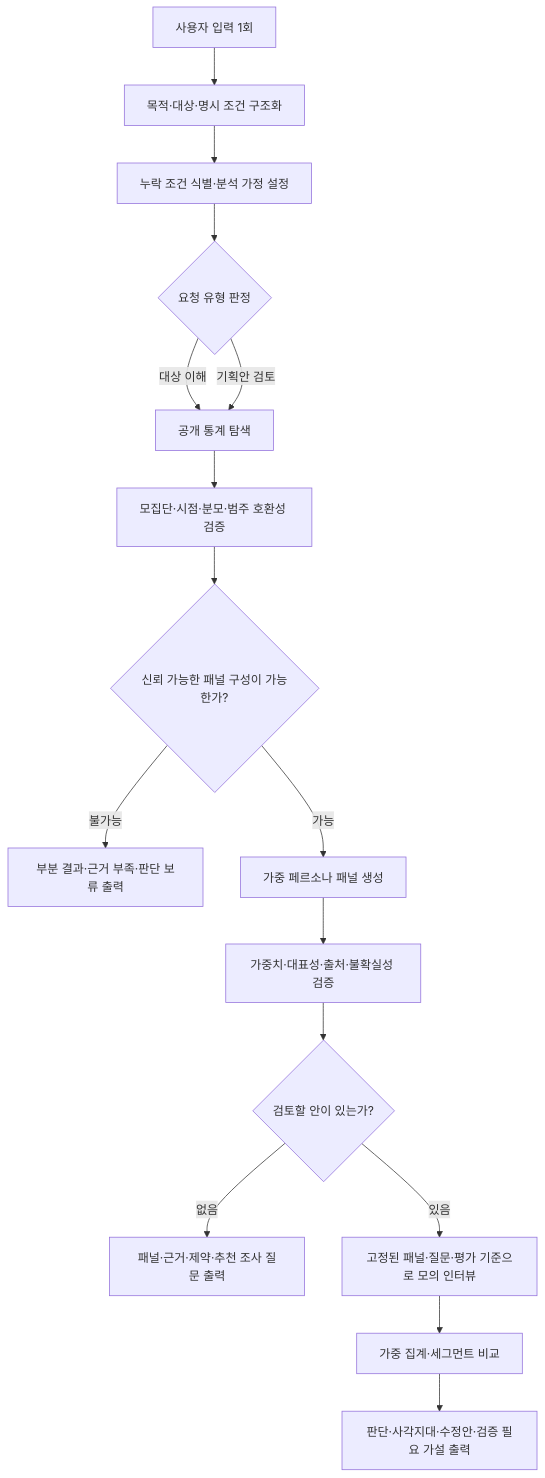
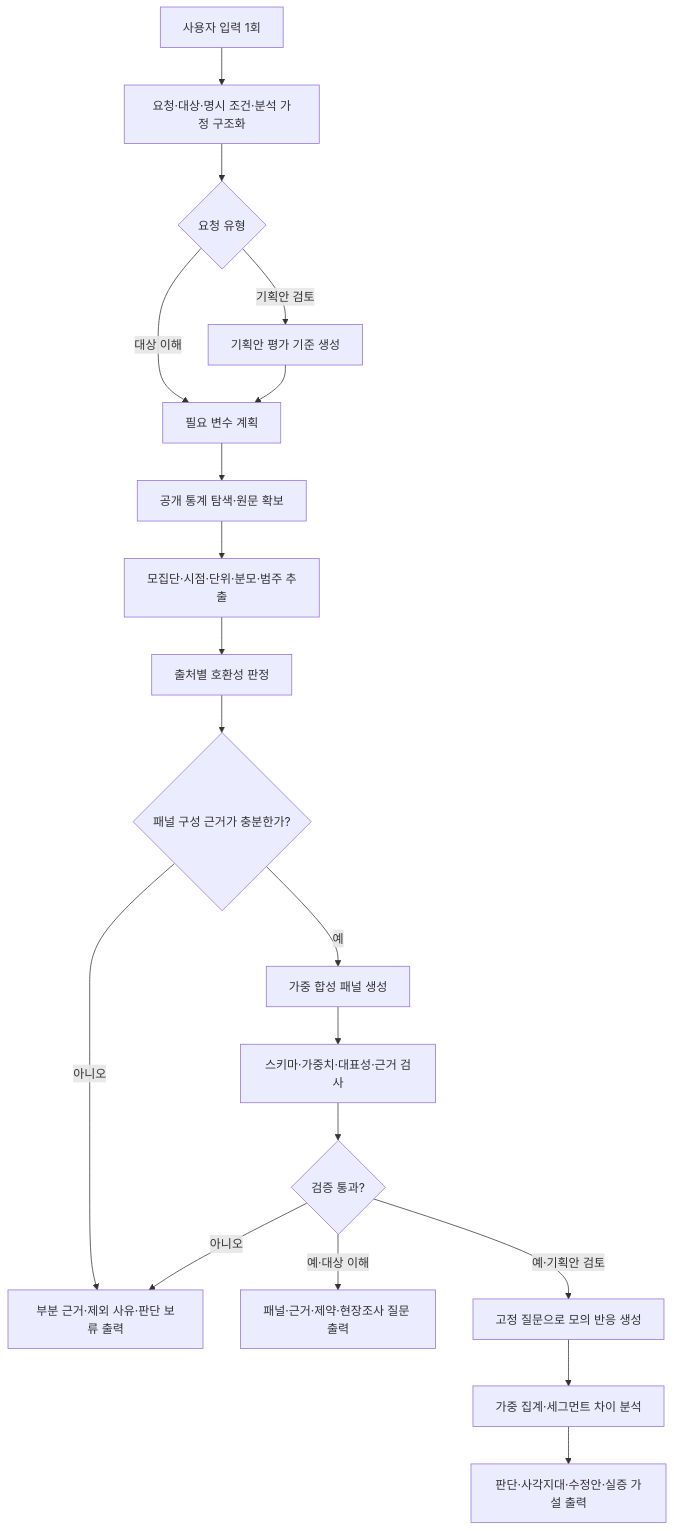
The diagram in README.md (ljh8450/Agent24), drawn with Mermaid before and after one commit. The commit also changed other lines of this file, not shown here.

````diff
--- a/README.md
+++ b/README.md
@@ -43,23 +43,24 @@
 ```mermaid
 flowchart TD
-  A["사용자 입력 1회"] --> B["목적·대상·명시 조건 구조화"]
-  B --> C["누락 조건 식별·분석 가정 설정"]
-  C --> D{"요청 유형 판정"}
+  A["사용자 입력 1회"] --> B["요청·대상·명시 조건·분석 가정 구조화"]
+  B --> C{"요청 유형"}
+  C -- "대상 이해" --> D["필요 변수 계획"]
+  C -- "기획안 검토" --> E["기획안 평가 기준 생성"]
+  E --> D
 
-  D -- "대상 이해" --> E["공개 통계 탐색"]
-  D -- "기획안 검토" --> E
+  D --> F["공개 통계 탐색·원문 확보"]
+  F --> G["모집단·시점·단위·분모·범주 추출"]
+  G --> H["출처별 호환성 판정"]
+  H --> I{"패널 구성 근거가 충분한가?"}
 
-  E --> F["모집단·시점·분모·범주 호환성 검증"]
-  F --> G{"신뢰 가능한 패널 구성이 가능한가?"}
+  I -- "아니오" --> X["부분 근거·제외 사유·판단 보류 출력"]
+  I -- "예" --> J["가중 합성 패널 생성"]
+  J --> K["스키마·가중치·대표성·근거 검사"]
+  K --> L{"검증 통과?"}
 
-  G -- "불가능" --> X["부분 결과·근거 부족·판단 보류 출력"]
-  G -- "가능" --> H["가중 페르소나 패널 생성"]
-  H --> I["가중치·대표성·출처·불확실성 검증"]
-
-  I --> J{"검토할 안이 있는가?"}
-  J -- "없음" --> K["패널·근거·제약·추천 조사 질문 출력"]
-  J -- "있음" --> L["고정된 패널·질문·평가 기준으로 모의 인터뷰"]
-
-  L --> M["가중 집계·세그먼트 비교"]
-  M --> N["판단·사각지대·수정안·검증 필요 가설 출력"]
+  L -- "아니오" --> X
+  L -- "예·대상 이해" --> M["패널·근거·제약·현장조사 질문 출력"]
+  L -- "예·기획안 검토" --> N["고정 질문으로 모의 반응 생성"]
+  N --> O["가중 집계·세그먼트 차이 분석"]
+  O --> P["판단·사각지대·수정안·실증 가설 출력"]
 ```
````
